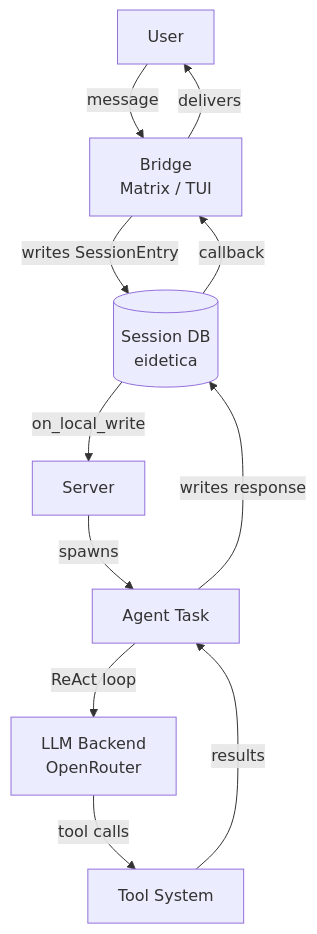
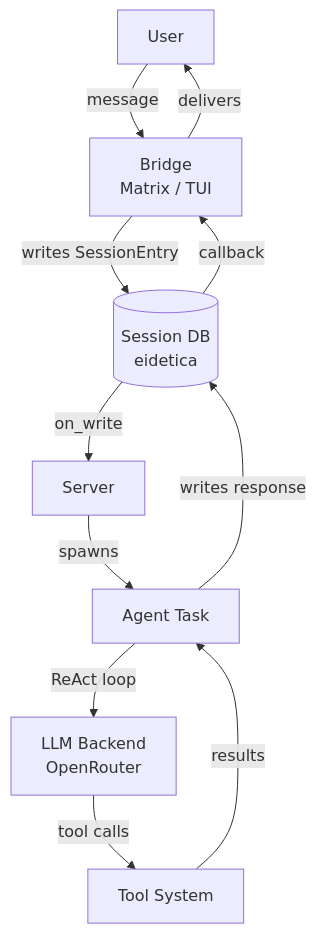
The diagram in docs/src/index.md (arcuru/chaz), drawn with Mermaid before and after one commit. The commit also changed 6 other files, not shown here.

````diff
--- a/docs/src/index.md
+++ b/docs/src/index.md
@@ -47,13 +47,13 @@
 ```mermaid
 graph TD
     U[User] -->|message| G[Bridge<br/>Matrix / TUI]
     G -->|writes SessionEntry| S[(Session DB<br/>eidetica)]
-    S -->|on_local_write| SV[Server]
+    S -->|on_write| SV[Server]
     SV -->|spawns| A[Agent Task]
     A -->|ReAct loop| LLM[LLM Backend<br/>OpenRouter]
     LLM -->|tool calls| T[Tool System]
     T -->|results| A
     A -->|writes response| S
     S -->|callback| G
     G -->|delivers| U
 ```
````
